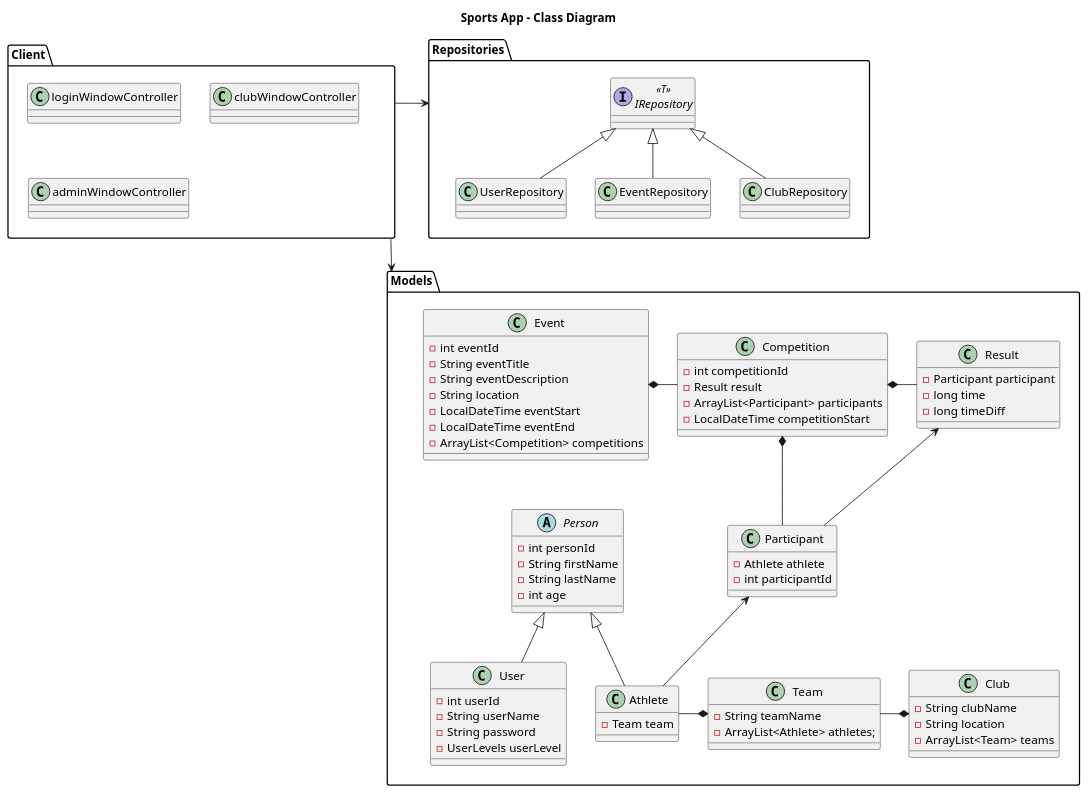
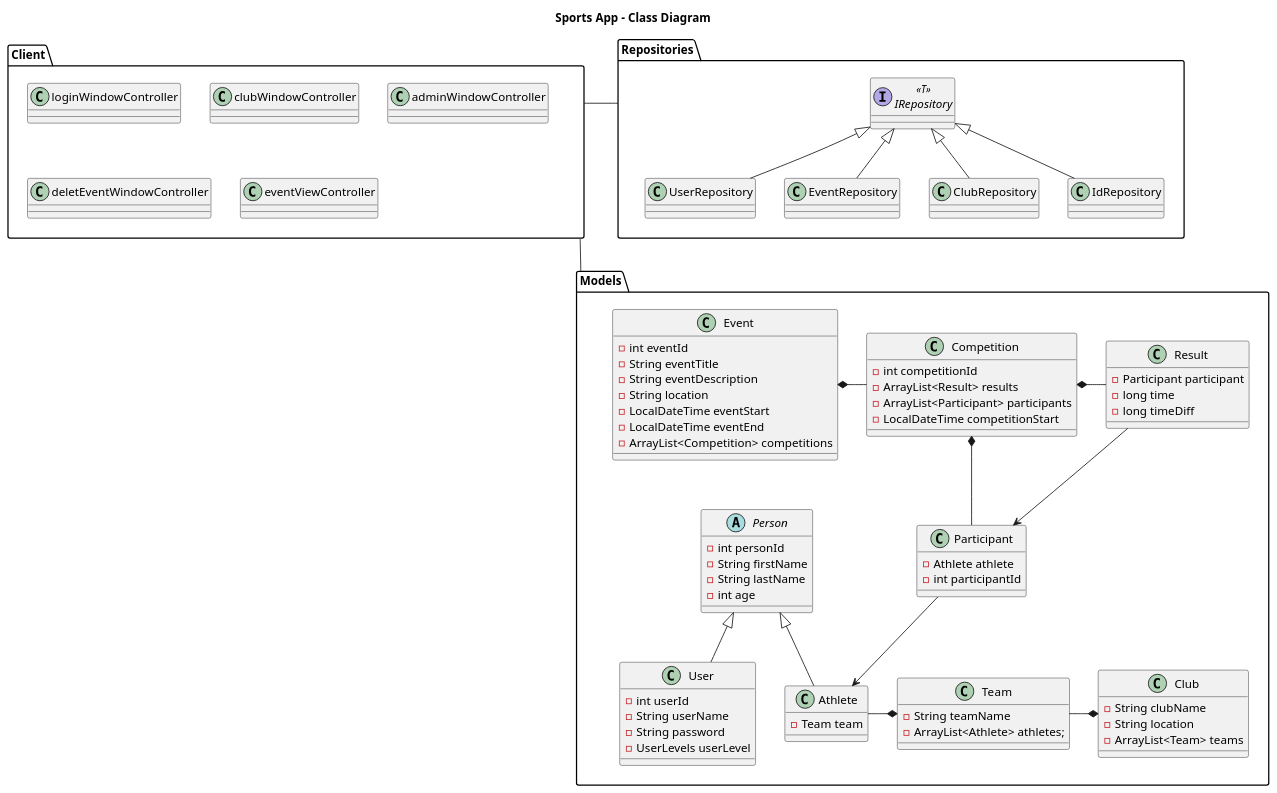
Before and after one commit to skarning/software-engineering-gr14-project: the diagram in diagrams/plantuml-src/class-diagram.puml, drawn with PlantUML. The commit also changed 3 other files, not shown here.

Commit message:
Add result activity diagram and update class diagram to match system

```diff
--- a/diagrams/plantuml-src/class-diagram.puml
+++ b/diagrams/plantuml-src/class-diagram.puml
@@ -1,110 +1,123 @@
 @startuml
 
 title Sports App - Class Diagram
 package Models {
     class Event {
         -int eventId
         -String eventTitle
         -String eventDescription
         -String location
         -LocalDateTime eventStart
         -LocalDateTime eventEnd
         -ArrayList<Competition> competitions
     }
     
     class Competition {
         -int competitionId
-        -Result result
+        -ArrayList<Result> results
         -ArrayList<Participant> participants
         -LocalDateTime competitionStart
     }
     
     abstract class Person {
         -int personId
         -String firstName
         -String lastName
         -int age
     }
     
     class Athlete {
         -Team team
     }
     
     class User {
         -int userId
         -String userName
         -String password
         -UserLevels userLevel
     }
     
     class Participant {
         -Athlete athlete
         -int participantId
     }
     
     class Team {
         -String teamName
         -ArrayList<Athlete> athletes;
     }
     
     class Club {
         -String clubName
         -String location
         -ArrayList<Team> teams
     }
     
     class Result {
         -Participant participant
         -long time
         -long timeDiff
     }
     
     Event *-right- Competition
     Competition *-down- Participant
     Person <|-down- Athlete
     Person <|-down- User
-    Participant <-- Athlete
+    Participant --> Athlete
     Team *-left- Athlete
     Club *-left- Team
     Competition *-right- Result
-    Result <-- Participant
+    Result --> Participant
 }
 
 package Repositories {
     interface IRepository<<T>> {
         
     }
     
     class UserRepository {
     
     }
     
     class EventRepository {
     
     }
     
     class ClubRepository {
     
     }
     
+    class IdRepository {
+    
+    }
+    
     IRepository <|-down- UserRepository
     IRepository <|-down- EventRepository
     IRepository <|-down- ClubRepository
+    IRepository <|-down- IdRepository
 }
 
 package Client {
     class loginWindowController {
     }
     
     class clubWindowController {
     }
     
     class adminWindowController {
     }
-
+    
+    class deletEventWindowController {
+    
+    }
+    
+    class eventViewController {
+    
+    }
+    
 }
 
-Client ---> Models
-Client -> Repositories
+Client --- Models
+Client - Repositories
 
 @enduml
```
